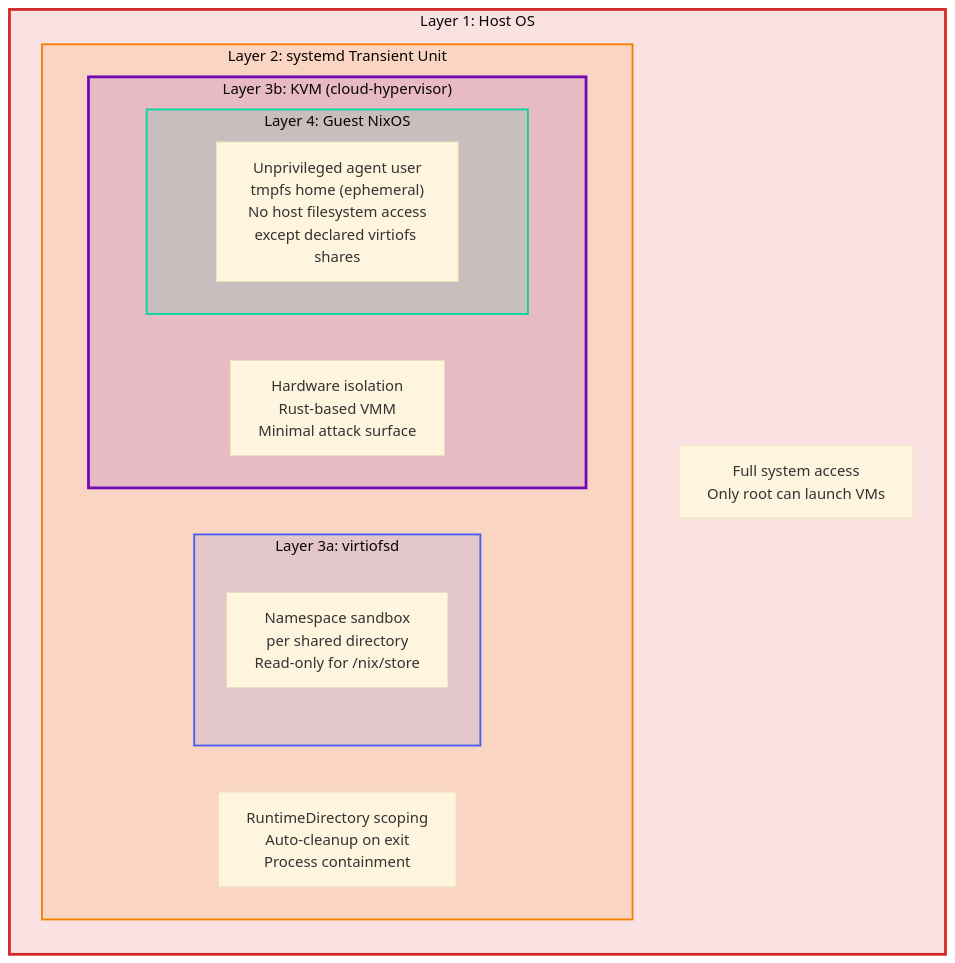
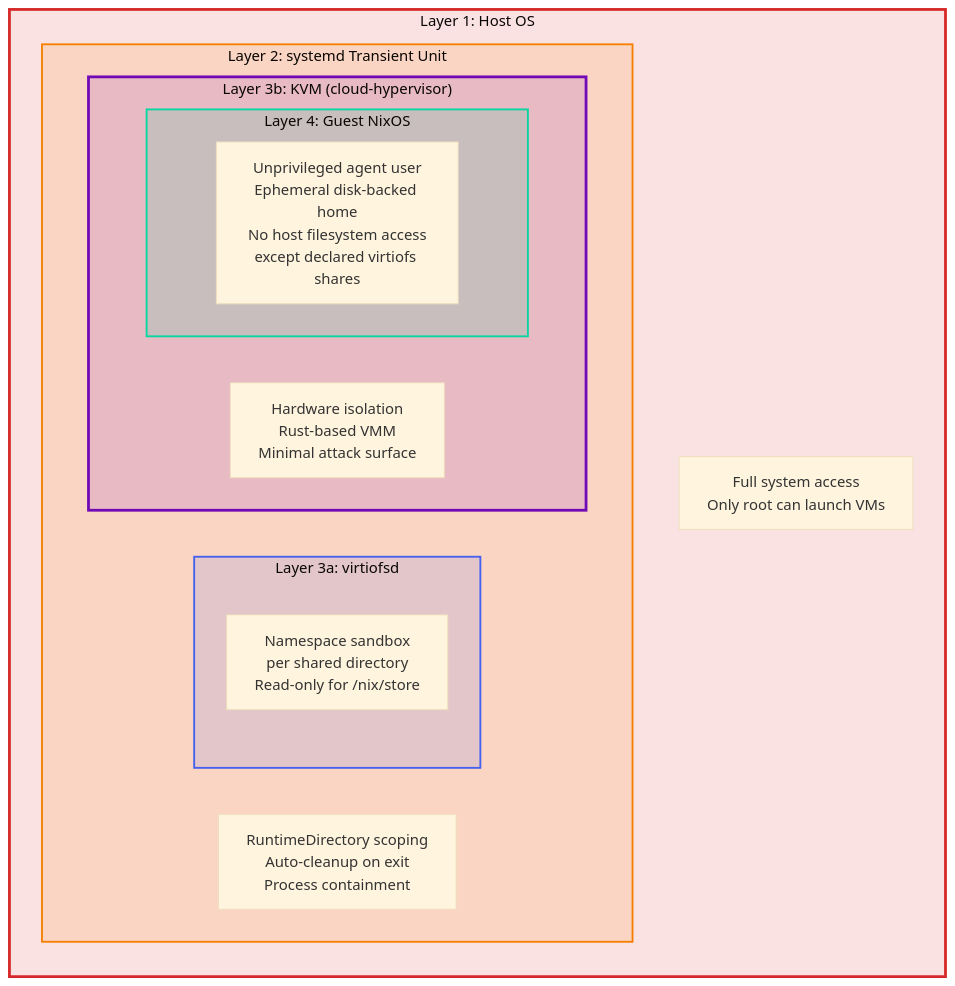
The second of 6 diagrams in README.md (tenarches/nix-permafrost), drawn with Mermaid (base theme) before and after one commit. The commit also changed other lines of this file, not shown here.

````diff
--- a/README.md
+++ b/README.md
@@ -102,29 +78,29 @@
 ```mermaid
 graph TB
     subgraph L1["Layer 1: Host OS"]
         direction TB
         L1_DESC["Full system access<br/>Only root can launch VMs"]
 
         subgraph L2["Layer 2: systemd Transient Unit"]
             L2_DESC["RuntimeDirectory scoping<br/>Auto-cleanup on exit<br/>Process containment"]
 
             subgraph L3A["Layer 3a: virtiofsd"]
                 L3A_DESC["Namespace sandbox<br/>per shared directory<br/>Read-only for /nix/store"]
             end
 
             subgraph L3B["Layer 3b: KVM (cloud-hypervisor)"]
                 L3B_DESC["Hardware isolation<br/>Rust-based VMM<br/>Minimal attack surface"]
 
                 subgraph L4["Layer 4: Guest NixOS"]
-                    L4_DESC["Unprivileged agent user<br/>tmpfs home (ephemeral)<br/>No host filesystem access<br/>except declared virtiofs shares"]
+                    L4_DESC["Unprivileged agent user<br/>Ephemeral disk-backed home<br/>No host filesystem access<br/>except declared virtiofs shares"]
                 end
             end
         end
     end
 
     style L1 fill:#d6282822,stroke:#d62828,stroke-width:3px
     style L2 fill:#f77f0022,stroke:#f77f00,stroke-width:2px
     style L3A fill:#4361ee22,stroke:#4361ee,stroke-width:2px
     style L3B fill:#7209b722,stroke:#7209b7,stroke-width:3px
     style L4 fill:#06d6a022,stroke:#06d6a0,stroke-width:2px
 ```
````
